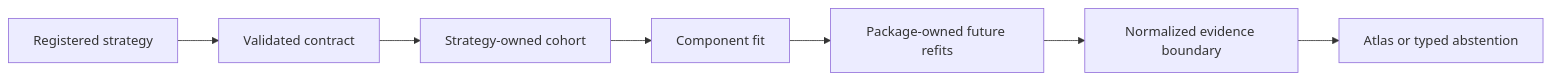
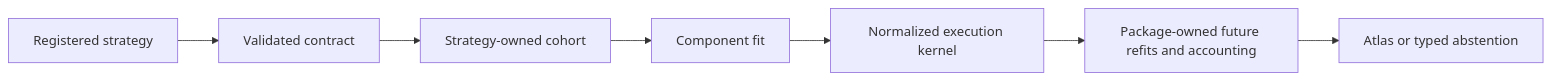
One commit to drejom/landscapeR changed the diagram in docs/agents/association-strategy-authoring.md. Above: the diagram before and after it, drawn with Mermaid. The commit also changed other lines of this file and 19 other files, not shown here.

First line of the commit message:
Establish normalized association execution kernel (#219)

````diff
--- a/docs/agents/association-strategy-authoring.md
+++ b/docs/agents/association-strategy-authoring.md
@@ -25,9 +32,9 @@
 ```mermaid
 flowchart LR
     A[Registered strategy] --> B[Validated contract]
     B --> C[Strategy-owned cohort]
     C --> D[Component fit]
-    D --> E[Package-owned future refits]
-    E --> F[Normalized evidence boundary]
+    D --> E[Normalized execution kernel]
+    E --> F[Package-owned future refits and accounting]
     F --> G[Atlas or typed abstention]
 ```
````
